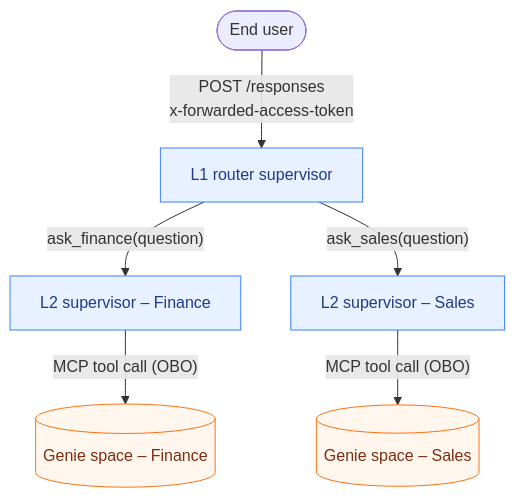
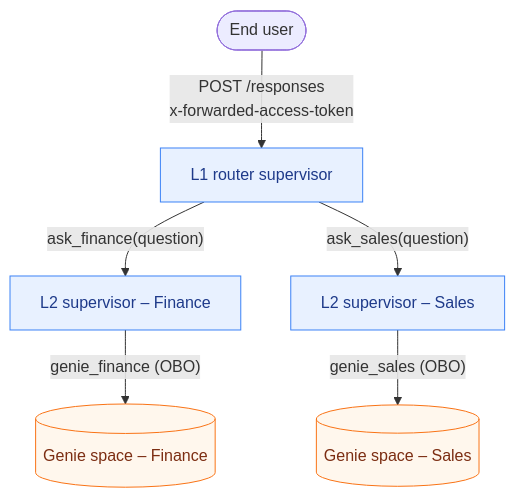
One commit to lbruand-db/supervisor-example-obo changed the diagram in README.md. Above: the diagram before and after it, drawn with Mermaid. The commit also changed other lines of this file and 1 other file, not shown here.

First line of the commit message:
README: add live screenshot and refresh diagram labels

````diff
--- a/README.md
+++ b/README.md
@@ -6,20 +6,20 @@
 ```mermaid
 flowchart TD
     user([End user])
     L1["L1 router supervisor"]
     L2F["L2 supervisor – Finance"]
     L2S["L2 supervisor – Sales"]
     GF[("Genie space – Finance")]
     GS[("Genie space – Sales")]
 
     user -- "POST /responses<br/>x-forwarded-access-token" --> L1
     L1 -- "ask_finance(question)" --> L2F
     L1 -- "ask_sales(question)" --> L2S
-    L2F -- "MCP tool call (OBO)" --> GF
-    L2S -- "MCP tool call (OBO)" --> GS
+    L2F -- "genie_finance (OBO)" --> GF
+    L2S -- "genie_sales (OBO)" --> GS
 
     classDef sp fill:#e8f1ff,stroke:#3b82f6,color:#1e3a8a;
     classDef obo fill:#fff7ed,stroke:#f97316,color:#7c2d12;
     class L1,L2F,L2S sp;
     class GF,GS obo;
 ```
````
